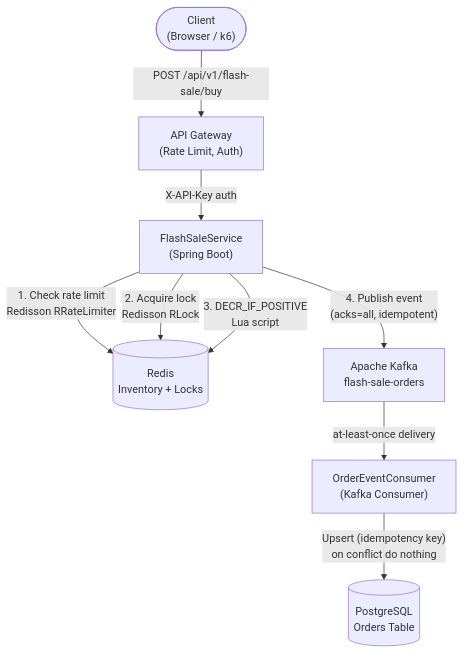
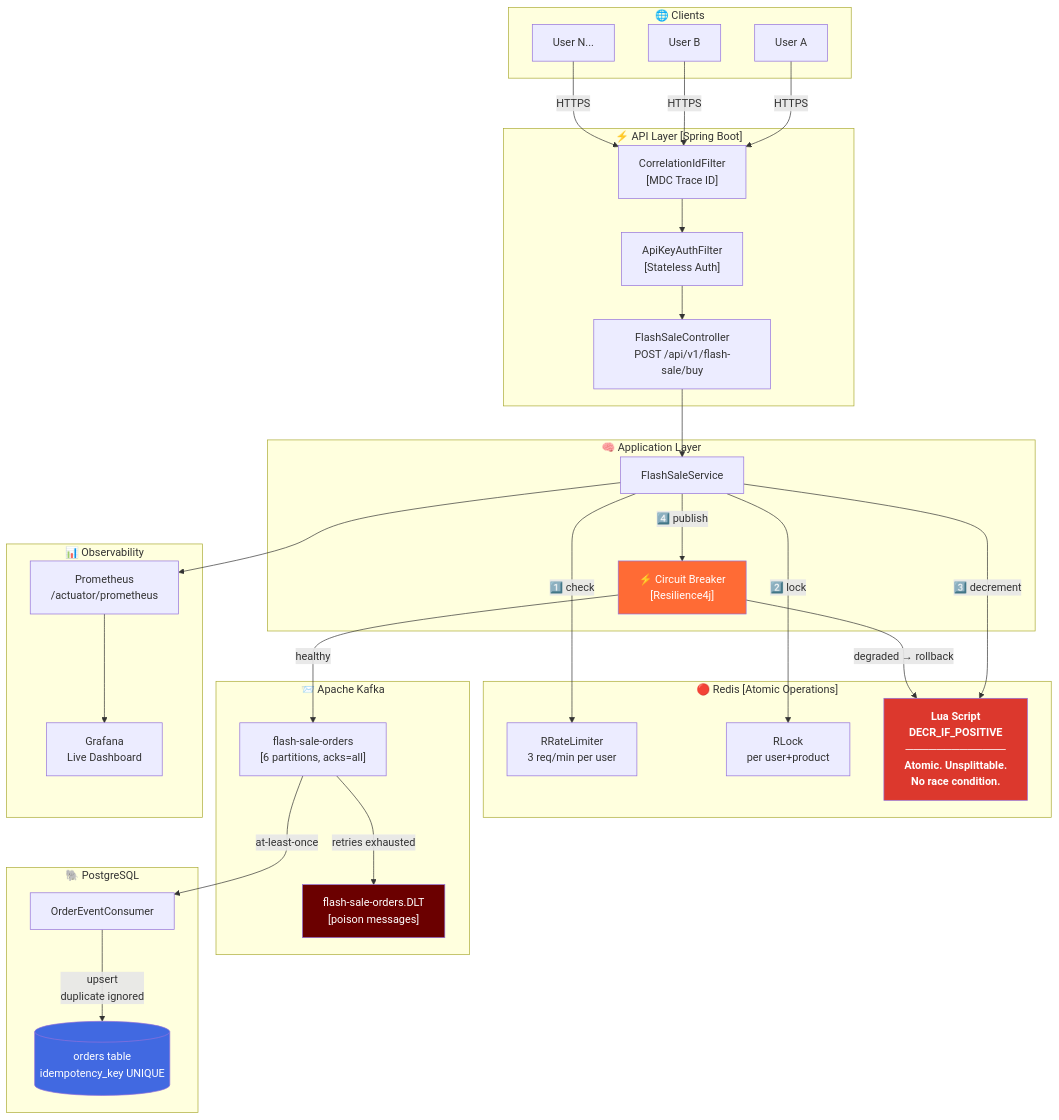
Before and after one commit to piush365/flashstrike: the diagram in README.md, drawn with Mermaid. The commit also changed other lines of this file, not shown here.

Commit message:
docs: overhaul README with ASCII banner, Mermaid diagrams, flow walkthrough, and deep-dives

````diff
--- a/README.md
+++ b/README.md
@@ -27,19 +56,61 @@
 ```mermaid
-graph TD
-    Client(["Client\n(Browser / k6)"])
-    GW["API Gateway\n(Rate Limit, Auth)"]
-    SVC["FlashSaleService\n(Spring Boot)"]
-    REDIS[("Redis\nInventory + Locks")]
-    KAFKA["Apache Kafka\nflash-sale-orders"]
-    CONSUMER["OrderEventConsumer\n(Kafka Consumer)"]
-    PG[("PostgreSQL\nOrders Table")]
+flowchart TD
+    subgraph clients["🌐 Clients"]
+        C1["User A"]
+        C2["User B"]
+        C3["User N..."]
+    end
 
-    Client -->|"POST /api/v1/flash-sale/buy"| GW
-    GW -->|"X-API-Key auth"| SVC
-    SVC -->|"1. Check rate limit\nRedisson RRateLimiter"| REDIS
-    SVC -->|"2. Acquire lock\nRedisson RLock"| REDIS
-    SVC -->|"3. DECR_IF_POSITIVE\nLua script"| REDIS
-    SVC -->|"4. Publish event\n(acks=all, idempotent)"| KAFKA
-    KAFKA -->|"at-least-once delivery"| CONSUMER
-    CONSUMER -->|"Upsert (idempotency key)\non conflict do nothing"| PG
+    subgraph api["⚡ API Layer  [Spring Boot]"]
+        CF["CorrelationIdFilter\n[MDC Trace ID]"]
+        AF["ApiKeyAuthFilter\n[Stateless Auth]"]
+        CTRL["FlashSaleController\nPOST /api/v1/flash-sale/buy"]
+    end
+
+    subgraph core["🧠 Application Layer"]
+        SVC["FlashSaleService"]
+        CB["⚡ Circuit Breaker\n[Resilience4j]"]
+    end
+
+    subgraph redis["🔴 Redis  [Atomic Operations]"]
+        RL["RRateLimiter\n3 req/min per user"]
+        LK["RLock\nper user+product"]
+        INV["Lua Script\nDECR_IF_POSITIVE\n─────────────\nAtomic. Unsplittable.\nNo race condition."]
+    end
+
+    subgraph kafka["📨 Apache Kafka"]
+        T1["flash-sale-orders\n[6 partitions, acks=all]"]
+        DLT["flash-sale-orders.DLT\n[poison messages]"]
+    end
+
+    subgraph persistence["🐘 PostgreSQL"]
+        CON["OrderEventConsumer"]
+        DB[("orders table\nidempotency_key UNIQUE")]
+    end
+
+    subgraph obs["📊 Observability"]
+        PROM["Prometheus\n/actuator/prometheus"]
+        GF["Grafana\nLive Dashboard"]
+    end
+
+    C1 & C2 & C3 -->|"HTTPS"| CF
+    CF --> AF --> CTRL --> SVC
+
+    SVC -->|"1️⃣ check"| RL
+    SVC -->|"2️⃣ lock"| LK
+    SVC -->|"3️⃣ decrement"| INV
+    SVC -->|"4️⃣ publish"| CB
+    CB -->|"healthy"| T1
+    CB -->|"degraded → rollback"| INV
+
+    T1 -->|"at-least-once"| CON
+    CON -->|"upsert\nduplicate ignored"| DB
+    T1 -->|"retries exhausted"| DLT
+
+    SVC --> PROM --> GF
+
+    style INV fill:#DC382D,color:#fff,font-weight:bold
+    style CB fill:#FF6B35,color:#fff
+    style DLT fill:#6B0000,color:#fff
+    style DB fill:#4169E1,color:#fff
 ```
````
